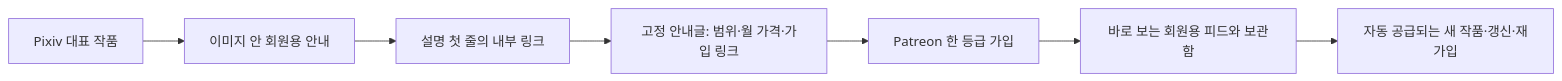
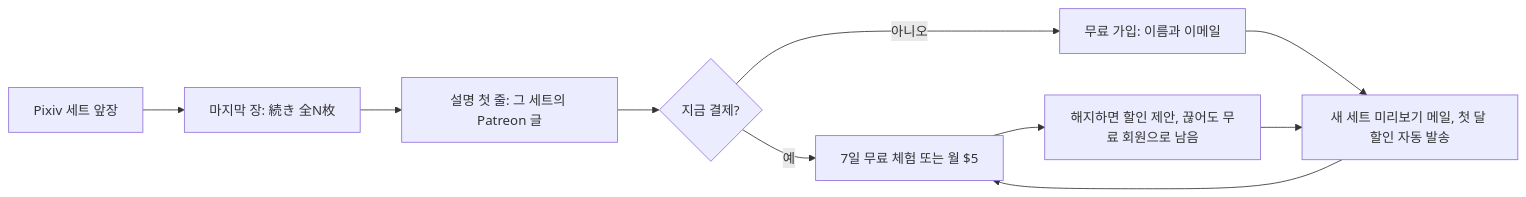
The diagram in 전략서/페티쉬 이미지 생성기/전략서.md (harisbaguette/Business-Strategy), drawn with Mermaid before and after one commit. The commit also changed other lines of this file and 4 other files, not shown here.

````diff
--- a/전략서/페티쉬 이미지 생성기/전략서.md
+++ b/전략서/페티쉬 이미지 생성기/전략서.md
@@ -187,9 +142,12 @@
 ```mermaid
 flowchart LR
-    A[Pixiv 대표 작품] --> B[이미지 안 회원용 안내]
-    B --> C[설명 첫 줄의 내부 링크]
-    C --> D[고정 안내글: 범위·월 가격·가입 링크]
-    D --> E[Patreon 한 등급 가입]
-    E --> F[바로 보는 회원용 피드와 보관함]
-    F --> G[자동 공급되는 새 작품·갱신·재가입]
+    A[Pixiv 세트 앞장] --> B[마지막 장: 続き 全N枚]
+    B --> C[설명 첫 줄: 그 세트의 Patreon 글]
+    C --> D{지금 결제?}
+    D -- 예 --> E[7일 무료 체험 또는 월 $5]
+    D -- 아니오 --> F[무료 가입: 이름과 이메일]
+    F --> G[새 세트 미리보기 메일, 첫 달 할인 자동 발송]
+    G --> E
+    E --> H[해지하면 할인 제안, 끊어도 무료 회원으로 남음]
+    H --> G
 ```
````
